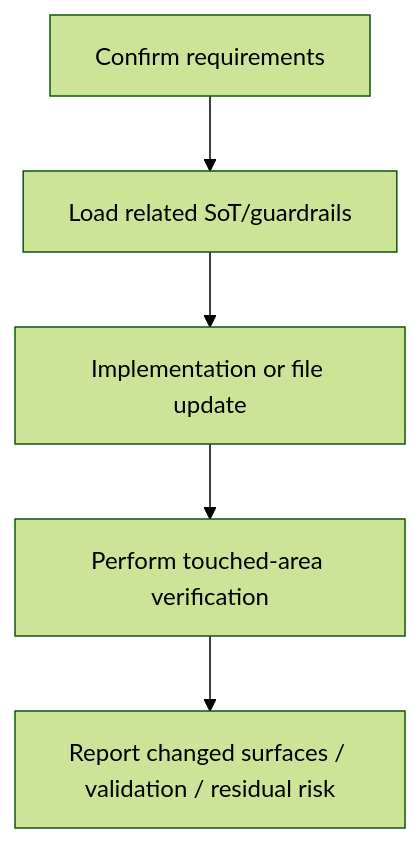
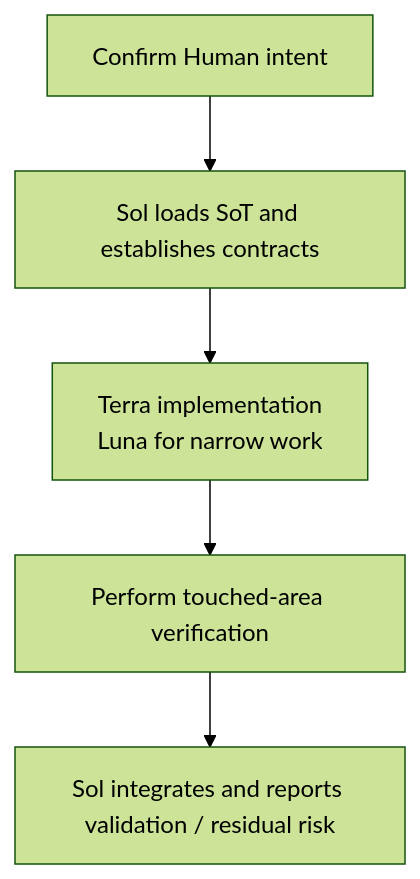
One commit to arfiligol/superconducting-circuits-research-workbench changed the diagram in docs/contribute/contributing/codex-agent-workflow.mdx. Above: the diagram before and after it, drawn with Mermaid (forest theme). The commit also changed other lines of this file and 5 other files, not shown here.

````diff
--- a/docs/contribute/contributing/codex-agent-workflow.mdx
+++ b/docs/contribute/contributing/codex-agent-workflow.mdx
@@ -51,7 +51,7 @@
 ```mermaid
 flowchart TD
-A["Confirm requirements"] --> B["Load related SoT/guardrails"]
-B --> C["Implementation or file update"]
+A["Confirm Human intent"] --> B["Sol loads SoT and establishes contracts"]
+B --> C["Terra implementation<br/>Luna for narrow work"]
 C --> D["Perform touched-area verification"]
-D --> E["Report changed surfaces / validation / residual risk"]
+D --> E["Sol integrates and reports validation / residual risk"]
 ```
````
